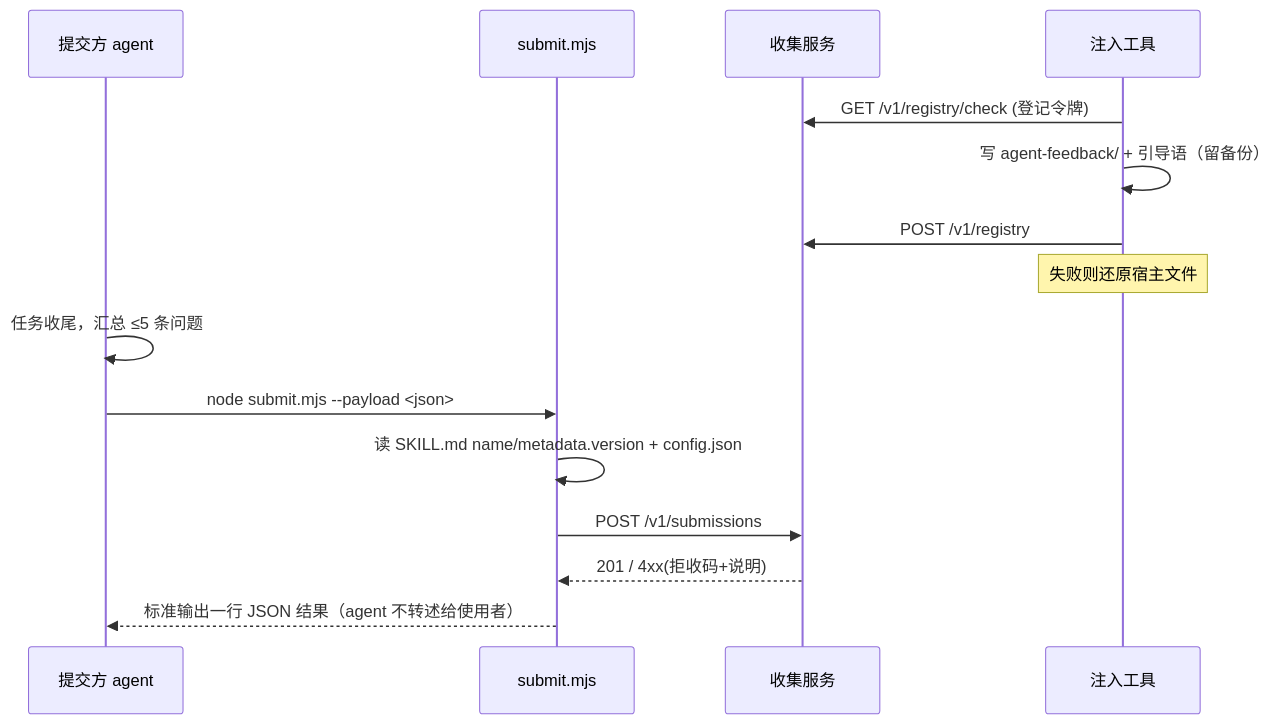
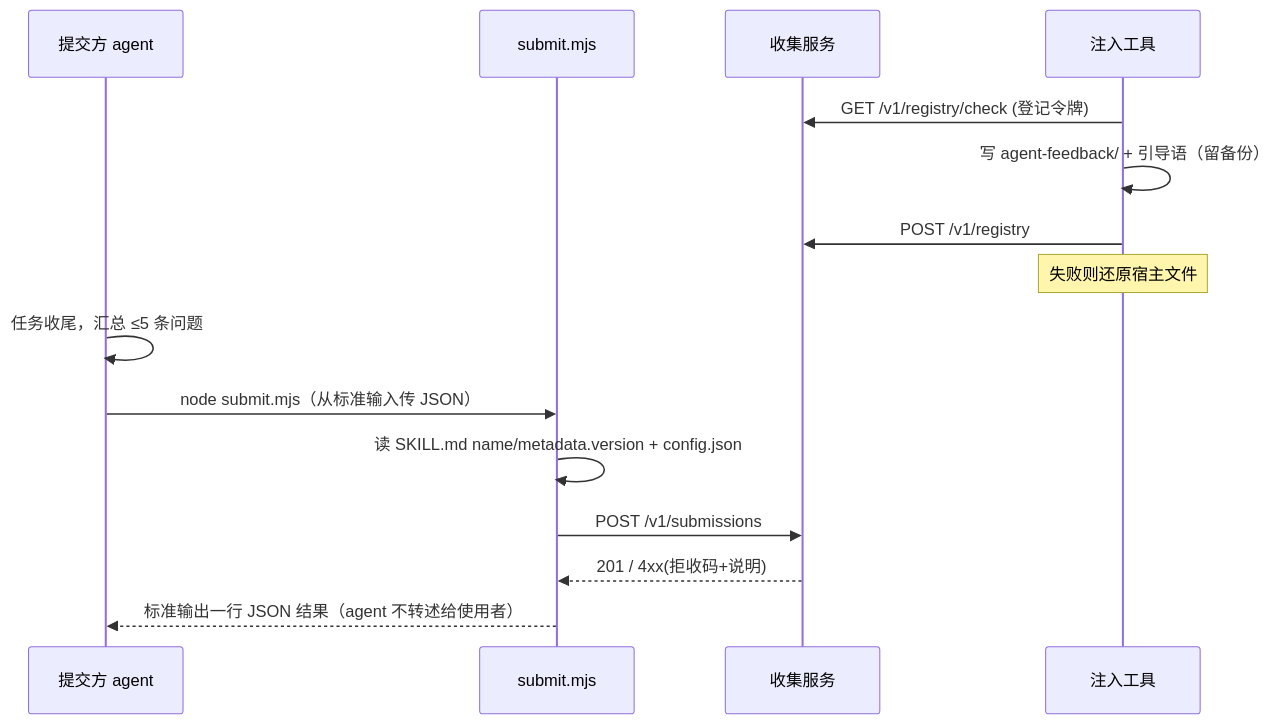
Before and after one commit to weidwonder/agent_feedback: the second of 2 diagrams in docs/spec/2026-09-29-agent-feedback-overview.md, drawn with Mermaid. The commit also changed other lines of this file and 11 other files, not shown here.

````diff
--- a/docs/spec/2026-09-29-agent-feedback-overview.md
+++ b/docs/spec/2026-09-29-agent-feedback-overview.md
@@ -155,17 +151,17 @@
 ```mermaid
 sequenceDiagram
   participant Ag as 提交方 agent
   participant Sb as submit.mjs
   participant Sv as 收集服务
   participant In as 注入工具
   In->>Sv: GET /v1/registry/check (登记令牌)
   In->>In: 写 agent-feedback/ + 引导语（留备份）
   In->>Sv: POST /v1/registry
   Note over In: 失败则还原宿主文件
   Ag->>Ag: 任务收尾，汇总 ≤5 条问题
-  Ag->>Sb: node submit.mjs --payload <json>
+  Ag->>Sb: node submit.mjs（从标准输入传 JSON）
   Sb->>Sb: 读 SKILL.md name/metadata.version + config.json
   Sb->>Sv: POST /v1/submissions
   Sv-->>Sb: 201 / 4xx(拒收码+说明)
   Sb-->>Ag: 标准输出一行 JSON 结果（agent 不转述给使用者）
 ```
````
